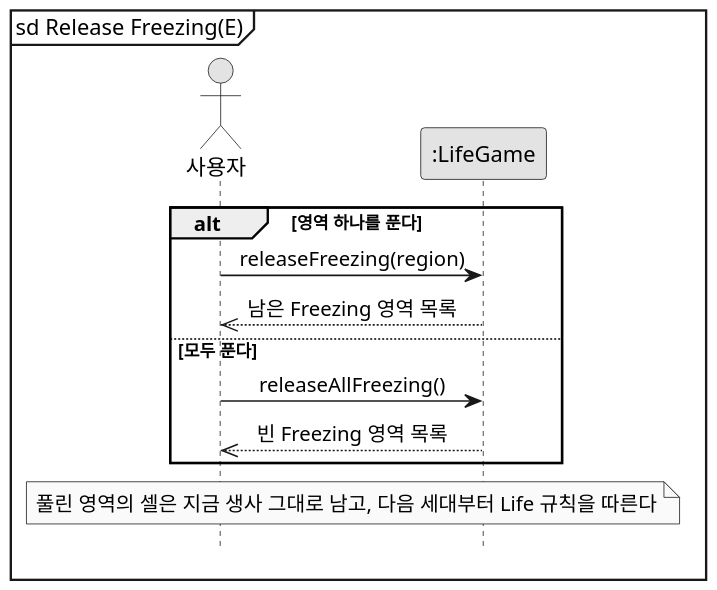
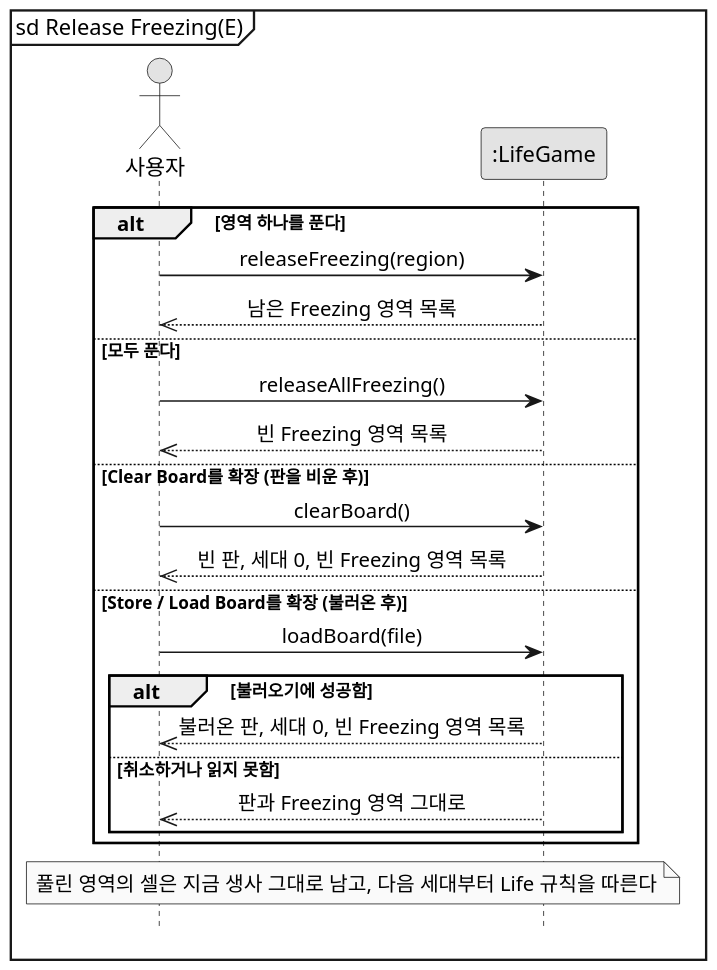
The diagram in docs/freezing/diagram/ssd-release.puml (mckimR1972/DP_team_project), drawn with PlantUML before and after one commit. The commit also changed 28 other files, not shown here.

First line of the commit message:
docs: Freezing 유스케이스를 전체 유스케이스 다이어그램에 맞춤

```diff
--- a/docs/freezing/diagram/ssd-release.puml
+++ b/docs/freezing/diagram/ssd-release.puml
@@ -1,21 +1,31 @@
 @startuml ssd-release
 skinparam monochrome true
 skinparam dpi 150
 skinparam shadowing false
 skinparam defaultFontName "Malgun Gothic"
 skinparam sequenceMessageAlign center
 hide footbox
 mainframe sd Release Freezing(E)
 
 actor "사용자" as User
 participant ":LifeGame" as System
 
 alt 영역 하나를 푼다
   User -> System : releaseFreezing(region)
   System -->> User : 남은 Freezing 영역 목록
 else 모두 푼다
   User -> System : releaseAllFreezing()
   System -->> User : 빈 Freezing 영역 목록
+else Clear Board를 확장 (판을 비운 후)
+  User -> System : clearBoard()
+  System -->> User : 빈 판, 세대 0, 빈 Freezing 영역 목록
+else Store / Load Board를 확장 (불러온 후)
+  User -> System : loadBoard(file)
+  alt 불러오기에 성공함
+    System -->> User : 불러온 판, 세대 0, 빈 Freezing 영역 목록
+  else 취소하거나 읽지 못함
+    System -->> User : 판과 Freezing 영역 그대로
+  end
 end
 note over User, System : 풀린 영역의 셀은 지금 생사 그대로 남고, 다음 세대부터 Life 규칙을 따른다
 @enduml
```
